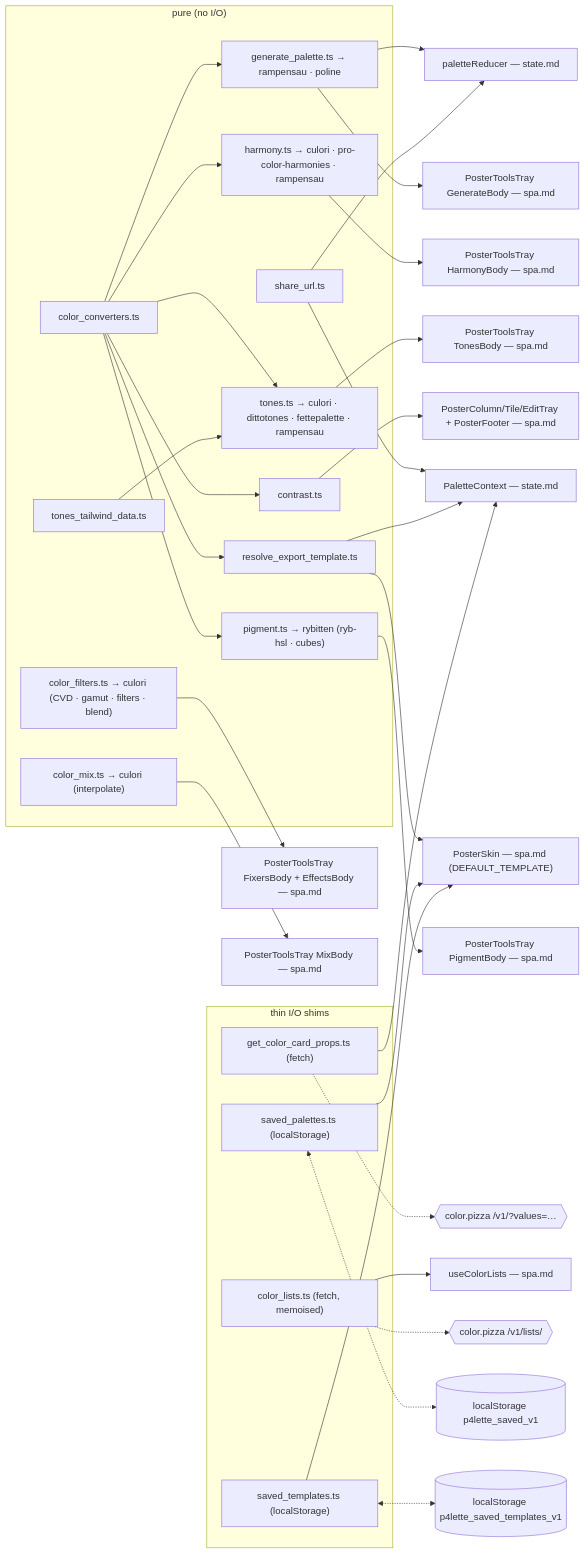
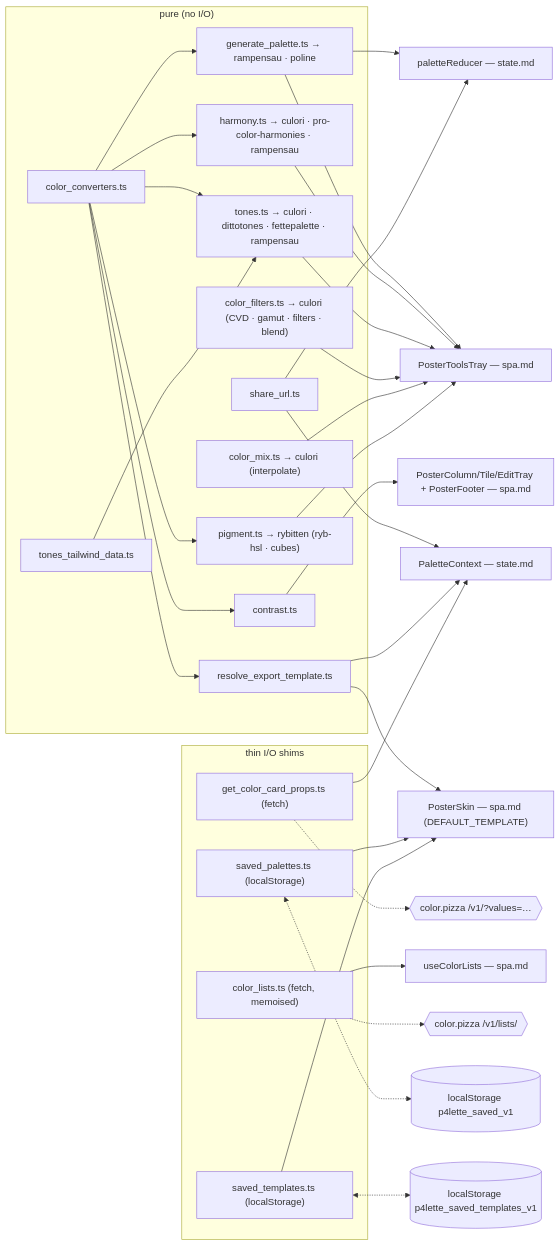
The diagram in SPEC/TARGET/color.md (p4stoboy/p4lette), drawn with Mermaid before and after one commit. The commit also changed other lines of this file and 5 other files, not shown here.

````diff
--- a/SPEC/TARGET/color.md
+++ b/SPEC/TARGET/color.md
@@ -422,44 +422,44 @@
 ```mermaid
 flowchart LR
   subgraph pure["pure (no I/O)"]
     cc["color_converters.ts"]
     gp["generate_palette.ts → rampensau · poline"]
     hm["harmony.ts → culori · pro-color-harmonies · rampensau"]
     tn["tones.ts → culori · dittotones · fettepalette · rampensau"]
     cf["color_filters.ts → culori (CVD · gamut · filters · blend)"]
     mx["color_mix.ts → culori (interpolate)"]
     pg["pigment.ts → rybitten (ryb-hsl · cubes)"]
     td["tones_tailwind_data.ts"]
     ct["contrast.ts"]
     rt["resolve_export_template.ts"]
     su["share_url.ts"]
   end
   subgraph io["thin I/O shims"]
     gcn["get_color_card_props.ts (fetch)"]
     cl["color_lists.ts (fetch, memoised)"]
     sp["saved_palettes.ts (localStorage)"]
     st["saved_templates.ts (localStorage)"]
   end
   cc --> gp & hm & tn & ct & rt & pg
   td --> tn
   gp --> red["paletteReducer — state.md"]
-  gp --> ggb["PosterToolsTray GenerateBody — spa.md"]
+  gp --> ttray["PosterToolsTray — spa.md"]
   su --> red
   su --> pctx["PaletteContext — state.md"]
   rt --> pctx
   gcn --> pctx
   rt --> skin["PosterSkin — spa.md (DEFAULT_TEMPLATE)"]
-  hm --> hd["PosterToolsTray HarmonyBody — spa.md"]
-  tn --> tld["PosterToolsTray TonesBody — spa.md"]
-  cf --> ttf["PosterToolsTray FixersBody + EffectsBody — spa.md"]
-  mx --> mxb["PosterToolsTray MixBody — spa.md"]
-  pg --> pgb["PosterToolsTray PigmentBody — spa.md"]
+  hm --> ttray
+  tn --> ttray
+  cf --> ttray
+  mx --> ttray
+  pg --> ttray
   ct --> swatch["PosterColumn/Tile/EditTray + PosterFooter — spa.md"]
   cl --> ucl["useColorLists — spa.md"]
   sp --> skin
   st --> skin
   gcn -.-> pizza1{{"color.pizza /v1/?values=…"}}
   cl -.-> pizza2{{"color.pizza /v1/lists/"}}
   sp <-.-> ls1[("localStorage p4lette_saved_v1")]
   st <-.-> ls2[("localStorage p4lette_saved_templates_v1")]
 ```
````
